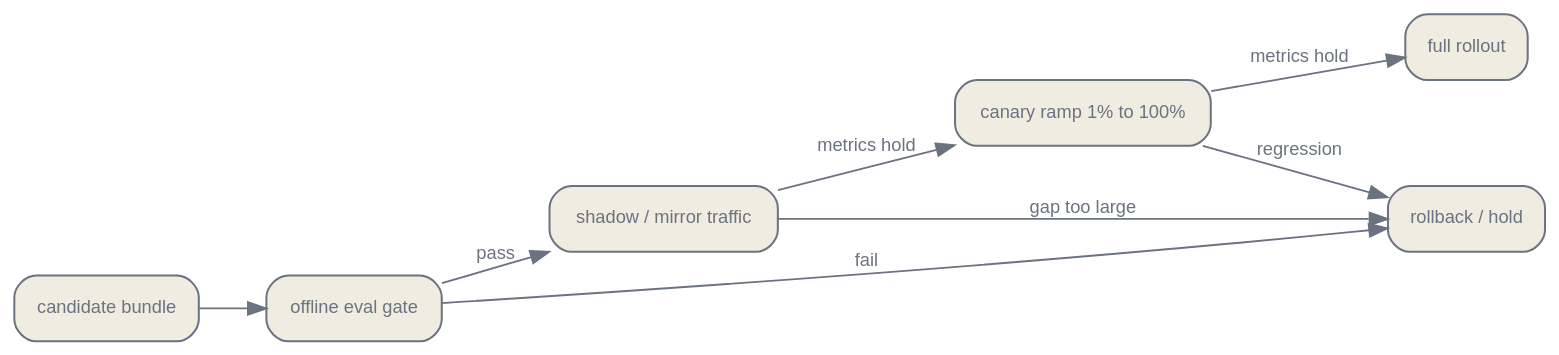
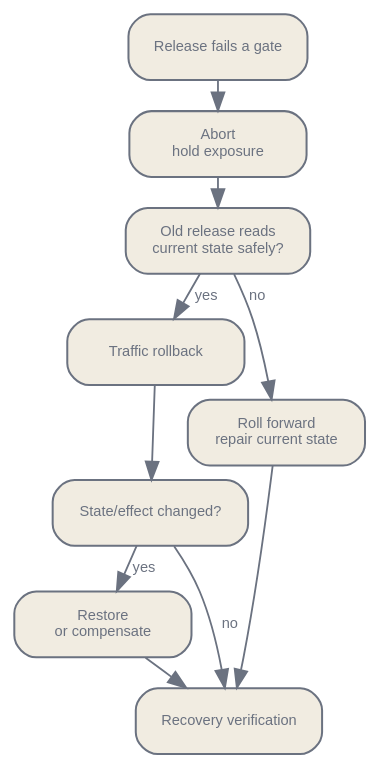
Before and after one commit to latere-ai/ai-as-an-infrastructure: the third of 3 diagrams in en/practice/09-deployment-lifecycle.qmd, drawn with Graphviz. The commit also changed other lines of this file and 3 other files, not shown here.

````diff
--- a/en/practice/09-deployment-lifecycle.qmd
+++ b/en/practice/09-deployment-lifecycle.qmd
@@ -109,25 +306,28 @@
 ```{dot}
-//| label: fig-deploy-pipeline
-//| fig-cap: "Promotion as widening exposure. Each stage catches what the one before it cannot: the offline gate catches known regressions, shadow traffic catches the eval-to-production distribution gap at zero user risk, and the canary ramp catches live failures on a small blast radius before full rollout. A failed metric at any stage routes back to rollback."
+//| label: fig-recovery-path
+//| fig-cap: "Recovery follows the state that changed. Abort stops a ramp; Restore adds state recovery or compensation; Roll forward repairs a state that an older release cannot safely consume."
 digraph {
   bgcolor="transparent";
-  rankdir=LR;
-  nodesep=0.4; ranksep=0.5;
-  node [shape=box, style="rounded,filled", fontname="Helvetica", fontsize=10, color="#6b7280", fontcolor="#6b7280", fillcolor="#f1ece1", penwidth=1.1];
-  edge [fontsize=10, fontname="Helvetica", color="#6b7280", fontcolor="#6b7280"];
+  rankdir=TB;
+  nodesep=0.14; ranksep=0.22;
+  node [shape=box, style="rounded,filled", fontname="Helvetica", fontsize=8, color="#6b7280", fontcolor="#6b7280", fillcolor="#f1ece1", penwidth=1.1, width=1.35];
+  edge [fontsize=8, fontname="Helvetica", color="#6b7280", fontcolor="#6b7280"];
 
-  C [label="candidate bundle"];
-  O [label="offline eval gate"];
-  SH [label="shadow / mirror traffic"];
-  CA [label="canary ramp 1% to 100%"];
-  F [label="full rollout"];
-  RB [label="rollback / hold"];
-  C -> O;
-  O -> SH [label="pass"];
-  SH -> CA [label="metrics hold"];
-  CA -> F [label="metrics hold"];
-  O -> RB [label="fail"];
-  SH -> RB [label="gap too large"];
-  CA -> RB [label="regression"];
+  X [label="Release fails a gate"];
+  A [label="Abort\nhold exposure"];
+  Q [label="Old release reads\ncurrent state safely?"];
+  T [label="Traffic rollback"];
+  S [label="State/effect changed?"];
+  R [label="Restore\nor compensate"];
+  F [label="Roll forward\nrepair current state"];
+  V [label="Recovery verification"];
+  X -> A -> Q;
+  Q -> T [label="yes"];
+  Q -> F [label="no"];
+  T -> S;
+  S -> V [label="no"];
+  S -> R [label="yes"];
+  R -> V;
+  F -> V;
 }
 ```
````
